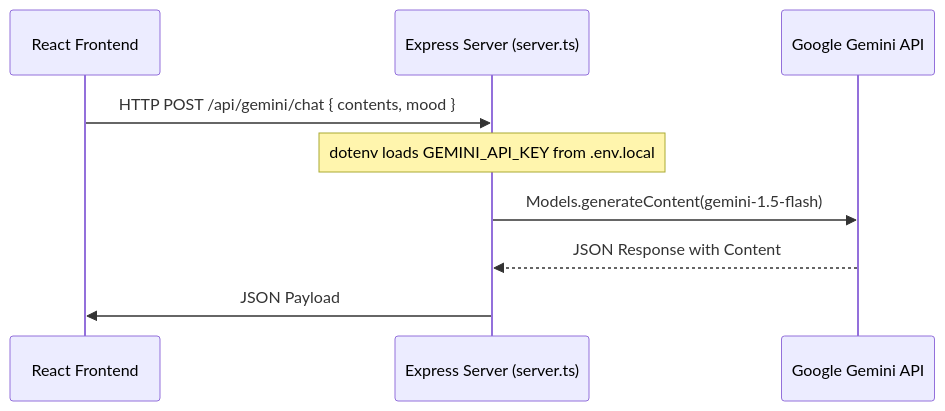
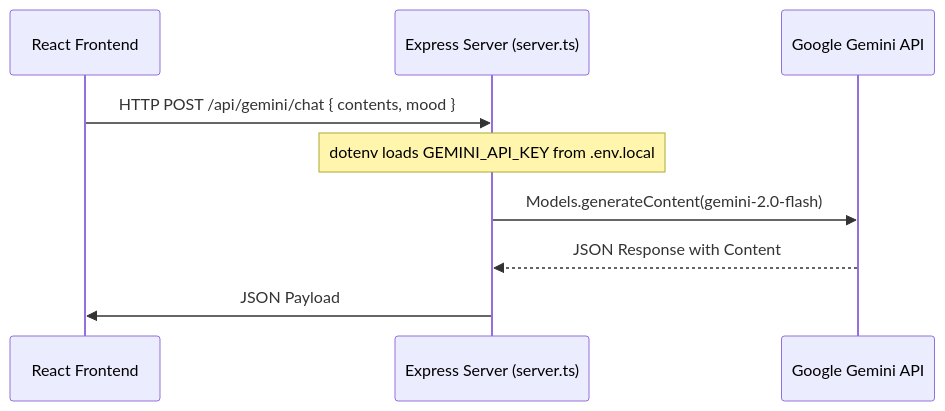
Before and after one commit to VanshMiglani007/flowmind-ai: the diagram in README.md, drawn with Mermaid. The commit also changed other lines of this file and 1 other file, not shown here.

Commit message:
fix: replace retired gemini-1.5-flash with verified gemini-2.0-flash
- gemini-1.5-flash returns 404 (retired from v1beta API)
- Programmatically verified available models via ai.models.list()
- gemini-2.0-flash confirmed as stable, low-latency, free-tier model
- Added centralized GEMINI_MODEL constant in server.ts
- All 5 endpoints updated: chat, plan, prioritize, breakdown, insights
- Added startup log: Gemini model initialized successfully: gemini-2.0-flash
- Updated README.md model references
- Production build verified clean

````diff
--- a/README.md
+++ b/README.md
@@ -201,12 +201,12 @@
 ```mermaid
 sequenceDiagram
     participant User as React Frontend
     participant Server as Express Server (server.ts)
     participant Gemini as Google Gemini API
 
     User->>Server: HTTP POST /api/gemini/chat { contents, mood }
     Note over Server: dotenv loads GEMINI_API_KEY from .env.local
-    Server->>Gemini: Models.generateContent(gemini-1.5-flash)
+    Server->>Gemini: Models.generateContent(gemini-2.0-flash)
     Gemini-->>Server: JSON Response with Content
     Server->>User: JSON Payload
 ```
````
